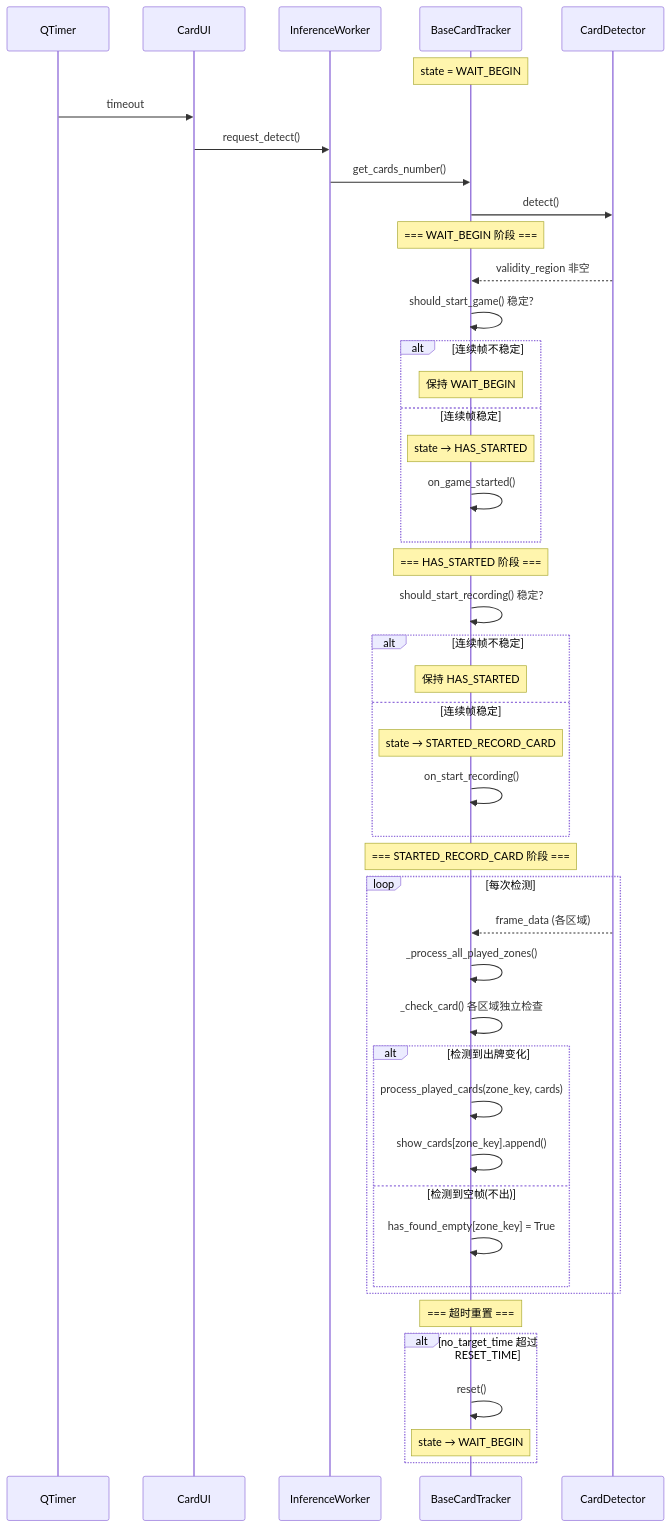
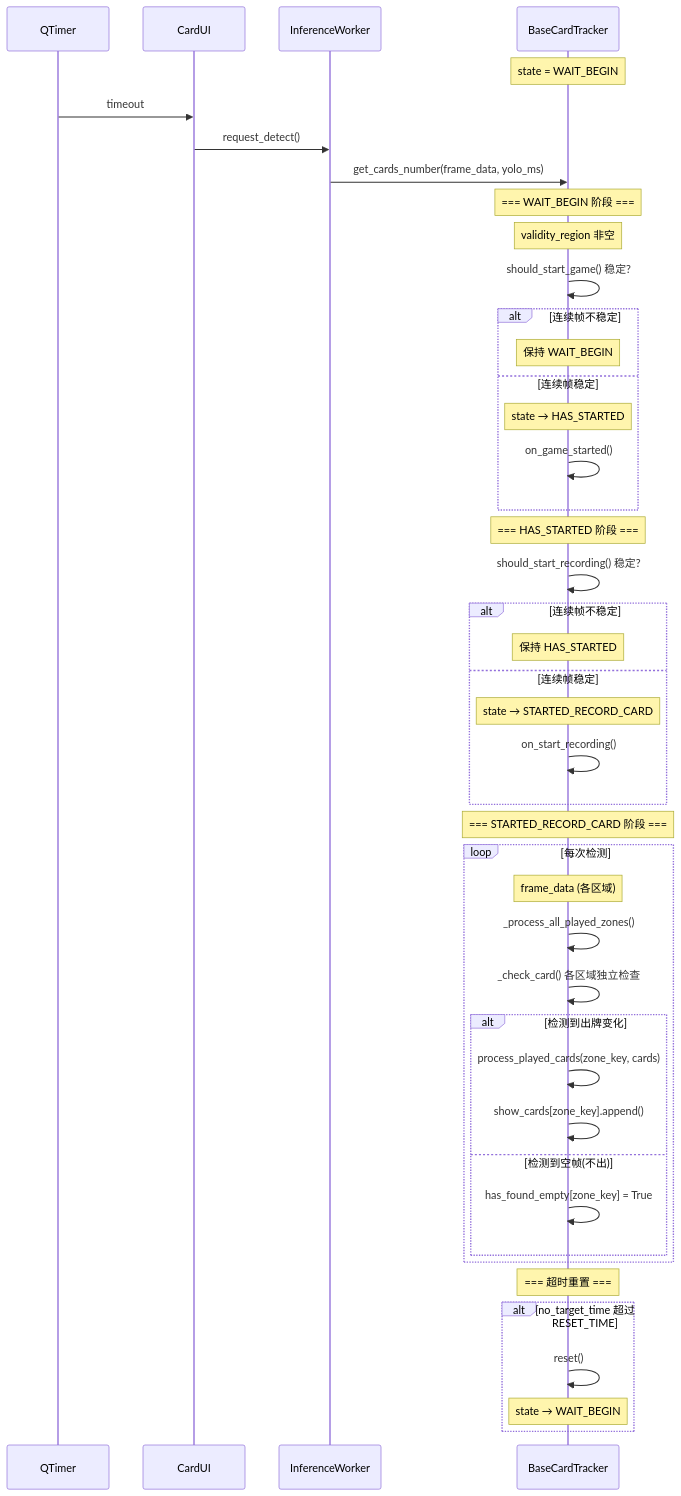
Before and after one commit to luckFan0519/han-card-tracker: the fourth of 5 diagrams in docs/sequence-diagram.md, drawn with Mermaid. The commit also changed other lines of this file and 9 other files, not shown here.

````diff
--- a/docs/sequence-diagram.md
+++ b/docs/sequence-diagram.md
@@ -167,53 +175,51 @@
 ```mermaid
 sequenceDiagram
     participant Timer as QTimer
     participant UI as CardUI
     participant Worker as InferenceWorker
     participant Tracker as BaseCardTracker
-    participant Detector as CardDetector
 
     Note over Tracker: state = WAIT_BEGIN
 
     Timer->>UI: timeout
     UI->>Worker: request_detect()
-    Worker->>Tracker: get_cards_number()
-    Tracker->>Detector: detect()
+    Worker->>Tracker: get_cards_number(frame_data, yolo_ms)
 
     Note over Tracker: === WAIT_BEGIN 阶段 ===
-    Detector-->>Tracker: validity_region 非空
+    Note over Tracker: validity_region 非空
     Tracker->>Tracker: should_start_game() 稳定?
     alt 连续帧不稳定
         Note over Tracker: 保持 WAIT_BEGIN
     else 连续帧稳定
         Note over Tracker: state → HAS_STARTED
         Tracker->>Tracker: on_game_started()
     end
 
     Note over Tracker: === HAS_STARTED 阶段 ===
     Tracker->>Tracker: should_start_recording() 稳定?
     alt 连续帧不稳定
         Note over Tracker: 保持 HAS_STARTED
     else 连续帧稳定
         Note over Tracker: state → STARTED_RECORD_CARD
         Tracker->>Tracker: on_start_recording()
     end
 
     Note over Tracker: === STARTED_RECORD_CARD 阶段 ===
     loop 每次检测
-        Detector-->>Tracker: frame_data (各区域)
+        Note over Tracker: frame_data (各区域)
         Tracker->>Tracker: _process_all_played_zones()
         Tracker->>Tracker: _check_card() 各区域独立检查
         alt 检测到出牌变化
             Tracker->>Tracker: process_played_cards(zone_key, cards)
             Tracker->>Tracker: show_cards[zone_key].append()
         else 检测到空帧(不出)
             Tracker->>Tracker: has_found_empty[zone_key] = True
         end
     end
 
     Note over Tracker: === 超时重置 ===
     alt no_target_time 超过 RESET_TIME
         Tracker->>Tracker: reset()
         Note over Tracker: state → WAIT_BEGIN
     end
 ```
````
